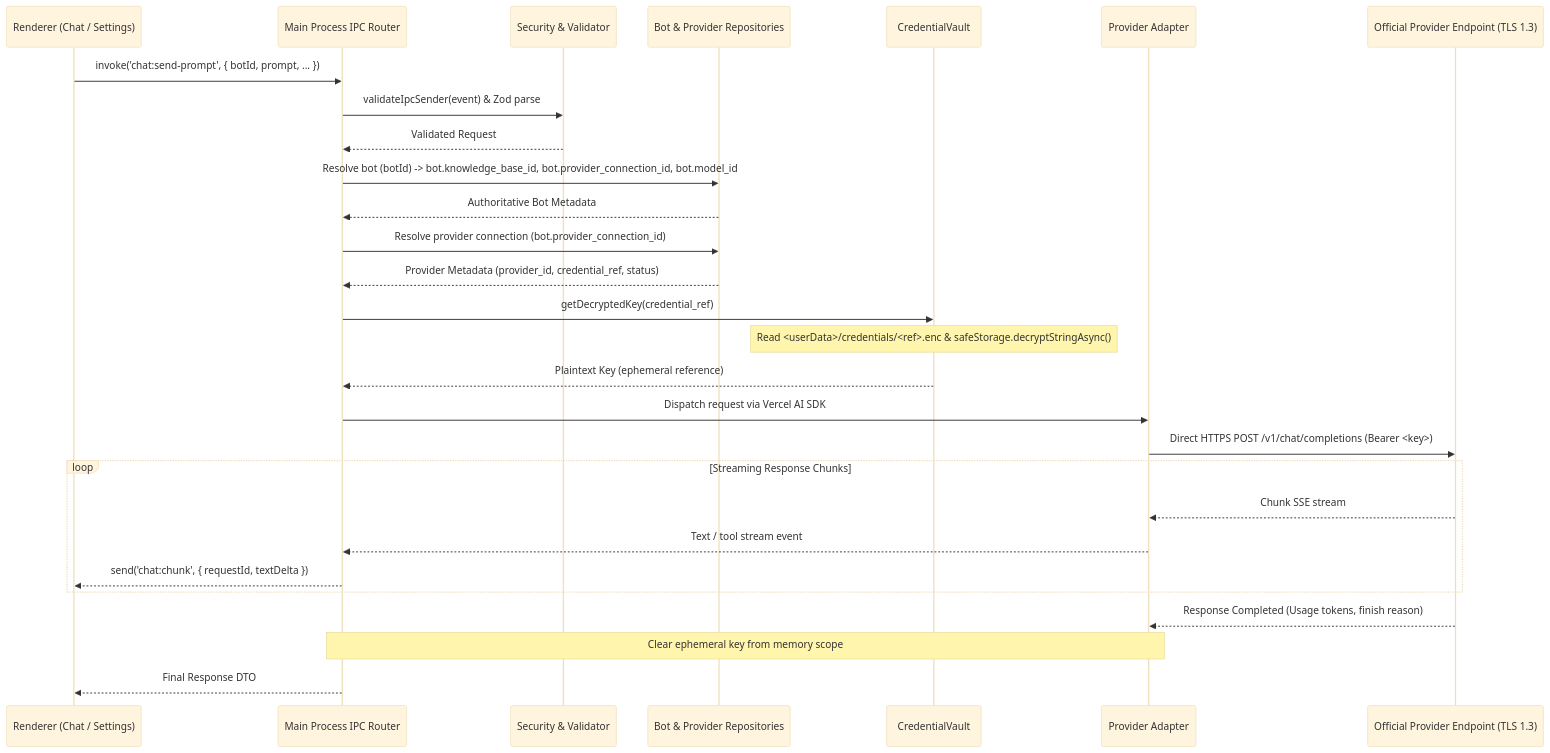
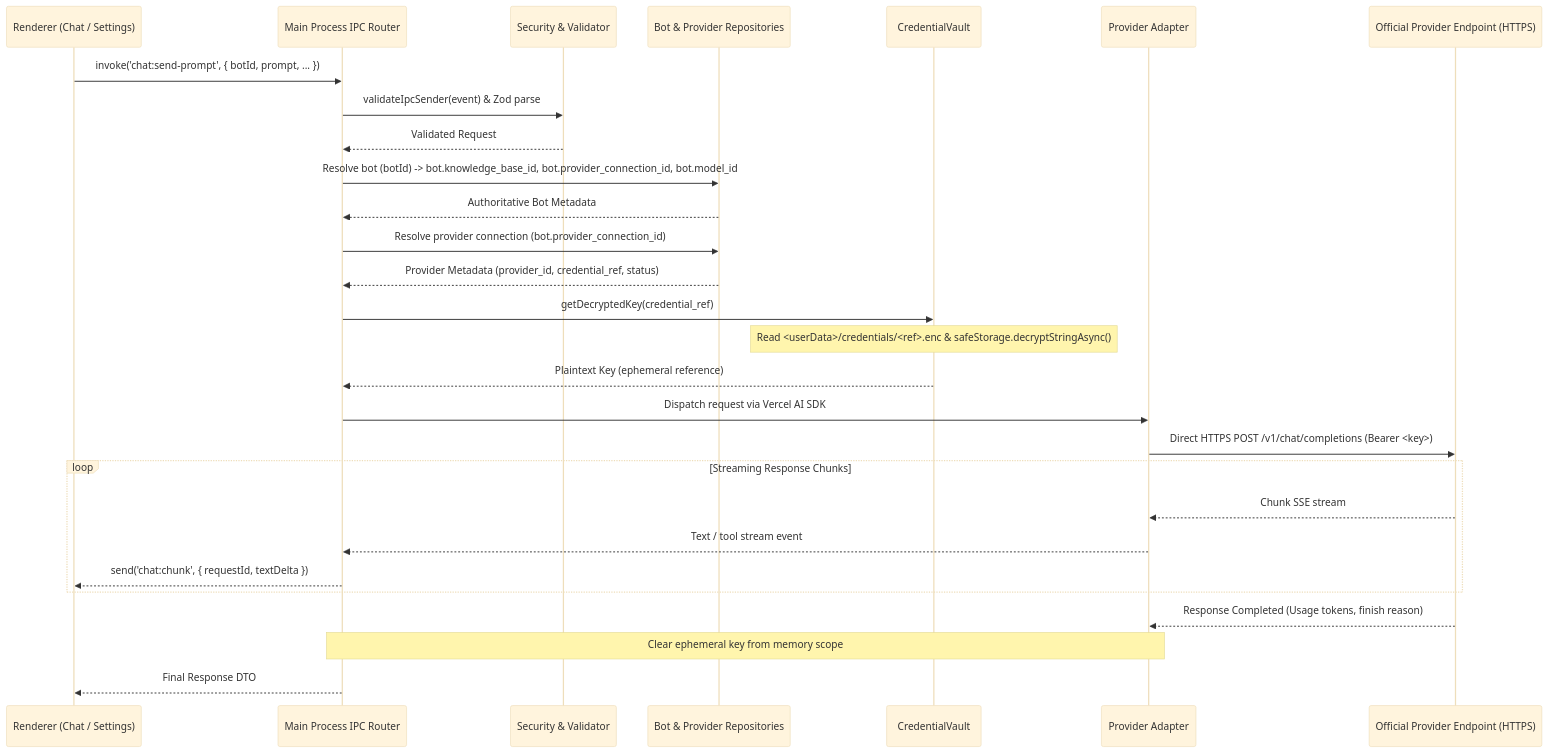
The second of 3 diagrams in docs/providers/PHASE_3_PROVIDER_SECURITY_DESIGN.md (najmulnahid987/local-bots), drawn with Mermaid (base theme) before and after one commit. The commit also changed other lines of this file and 8 other files, not shown here.

````diff
--- a/docs/providers/PHASE_3_PROVIDER_SECURITY_DESIGN.md
+++ b/docs/providers/PHASE_3_PROVIDER_SECURITY_DESIGN.md
@@ -393,37 +393,37 @@
 ```mermaid
 sequenceDiagram
     participant UI as Renderer (Chat / Settings)
     participant IPC as Main Process IPC Router
     participant SEC as Security & Validator
     participant REPO as Bot & Provider Repositories
     participant VAULT as CredentialVault
     participant ADAPT as Provider Adapter
-    participant EXT as Official Provider Endpoint (TLS 1.3)
+    participant EXT as Official Provider Endpoint (HTTPS)
 
     UI->>IPC: invoke('chat:send-prompt', { botId, prompt, ... })
     IPC->>SEC: validateIpcSender(event) & Zod parse
     SEC-->>IPC: Validated Request
     
     IPC->>REPO: Resolve bot (botId) -> bot.knowledge_base_id, bot.provider_connection_id, bot.model_id
     REPO-->>IPC: Authoritative Bot Metadata
     
     IPC->>REPO: Resolve provider connection (bot.provider_connection_id)
     REPO-->>IPC: Provider Metadata (provider_id, credential_ref, status)
     
     IPC->>VAULT: getDecryptedKey(credential_ref)
     Note over VAULT: Read <userData>/credentials/<ref>.enc & safeStorage.decryptStringAsync()
     VAULT-->>IPC: Plaintext Key (ephemeral reference)
     
     IPC->>ADAPT: Dispatch request via Vercel AI SDK
     ADAPT->>EXT: Direct HTTPS POST /v1/chat/completions (Bearer <key>)
     
     loop Streaming Response Chunks
         EXT-->>ADAPT: Chunk SSE stream
         ADAPT-->>IPC: Text / tool stream event
         IPC-->>UI: send('chat:chunk', { requestId, textDelta })
     end
     
     EXT-->>ADAPT: Response Completed (Usage tokens, finish reason)
     Note over IPC,ADAPT: Clear ephemeral key from memory scope
     IPC-->>UI: Final Response DTO
 ```
````
